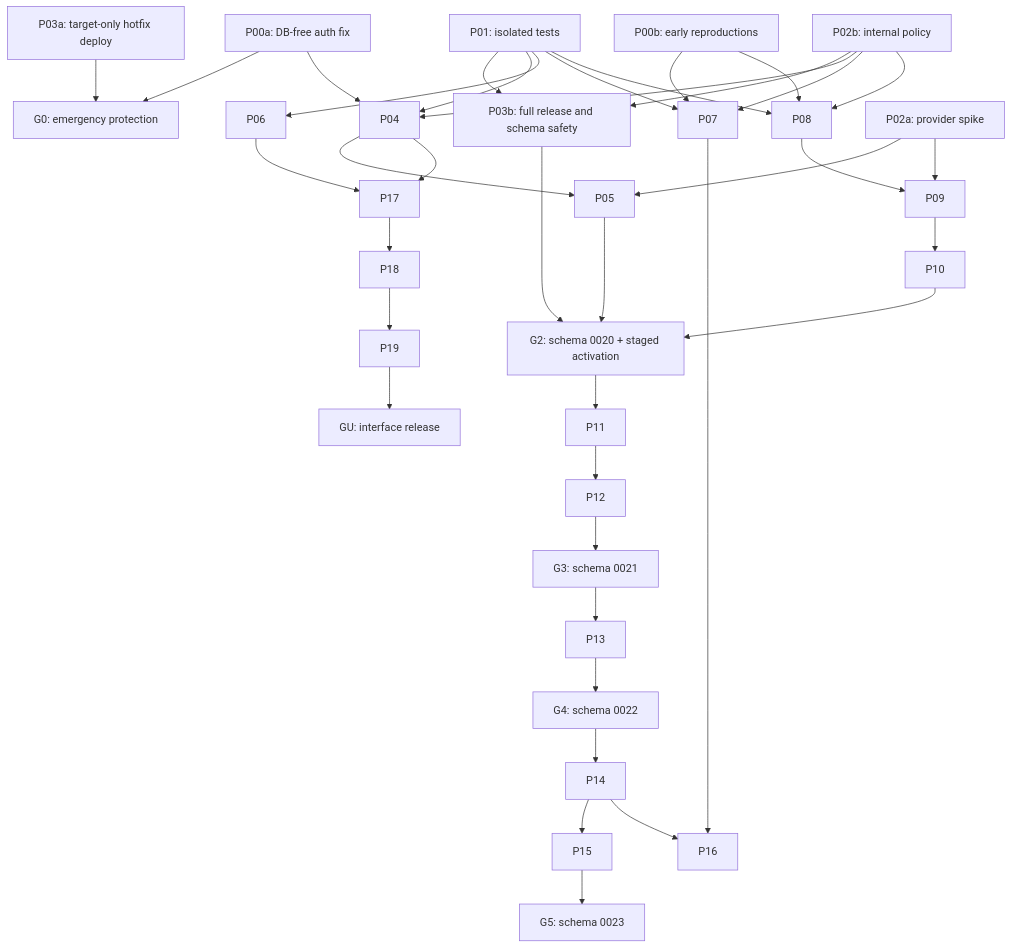
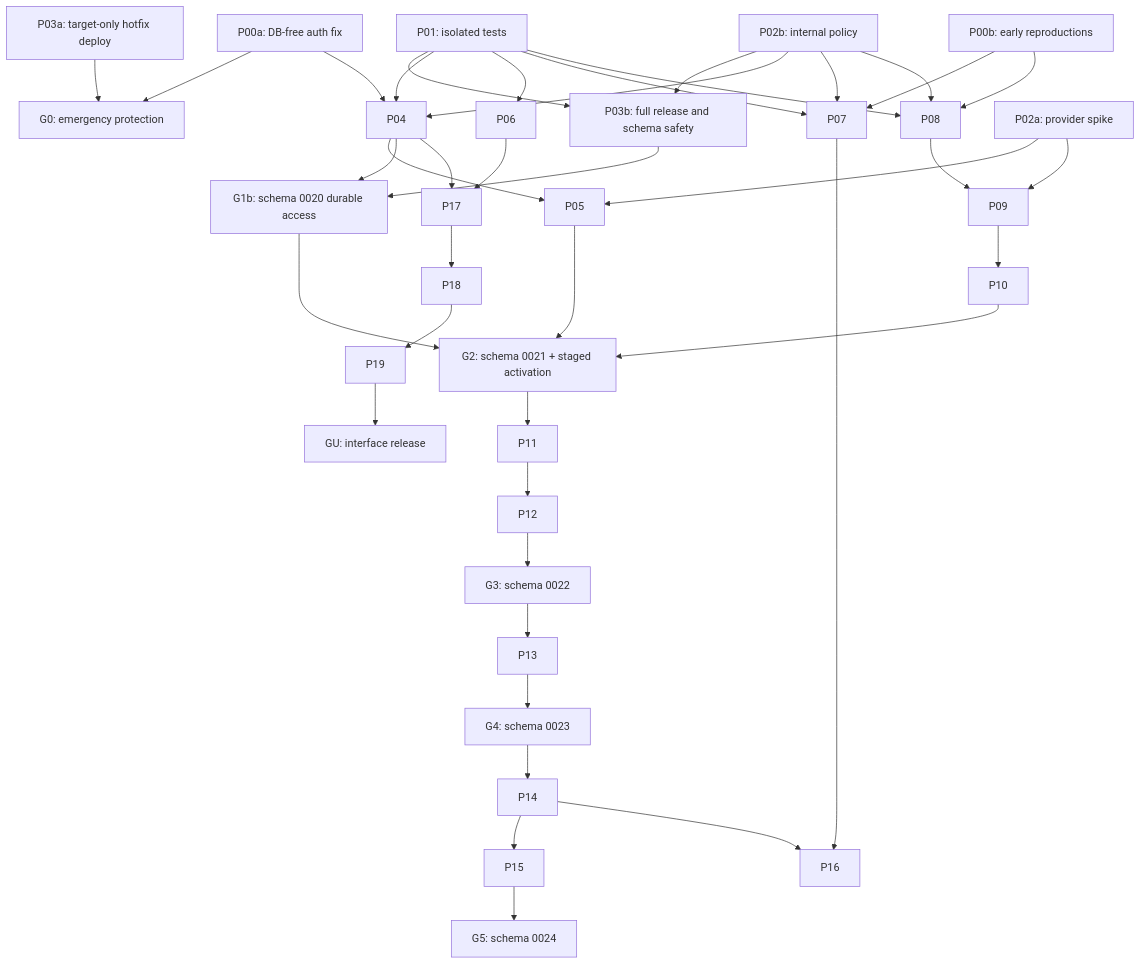
The diagram in claude-docs/2026-09-08-APPLICATION_GAP_REMEDIATION_PLAN.md (Shivani862000/AI-Call-Agent), drawn with Mermaid before and after one commit. The commit also changed other lines of this file and 3 other files, not shown here.

````diff
--- a/claude-docs/2026-09-08-APPLICATION_GAP_REMEDIATION_PLAN.md
+++ b/claude-docs/2026-09-08-APPLICATION_GAP_REMEDIATION_PLAN.md
@@ -141,33 +142,35 @@
 ```mermaid
 flowchart TD
   P00a["P00a: DB-free auth fix"] --> G0["G0: emergency protection"]
   P03a["P03a: target-only hotfix deploy"] --> G0
   P00b["P00b: early reproductions"] --> P07
   P00b --> P08
   P01["P01: isolated tests"] --> P03b["P03b: full release and schema safety"]
   P02b["P02b: internal policy"] --> P03b
   P00a --> P04
   P01 --> P04
   P02b --> P04
   P01 --> P06
   P01 --> P07
   P02b --> P07
   P01 --> P08
   P02b --> P08
   P02a["P02a: provider spike"] --> P05
   P04 --> P05
   P08 --> P09
   P02a --> P09
   P09 --> P10
-  P03b --> G2["G2: schema 0020 + staged activation"]
+  P03b --> G1b["G1b: schema 0020 durable access"]
+  P04 --> G1b
+  G1b --> G2["G2: schema 0021 + staged activation"]
   P05 --> G2
   P10 --> G2
-  G2 --> P11 --> P12 --> G3["G3: schema 0021"]
-  G3 --> P13 --> G4["G4: schema 0022"]
-  G4 --> P14 --> P15 --> G5["G5: schema 0023"]
+  G2 --> P11 --> P12 --> G3["G3: schema 0022"]
+  G3 --> P13 --> G4["G4: schema 0023"]
+  G4 --> P14 --> P15 --> G5["G5: schema 0024"]
   P14 --> P16
   P07 --> P16
   P04 --> P17
   P06 --> P17
   P17 --> P18 --> P19 --> GU["GU: interface release"]
 ```
````
